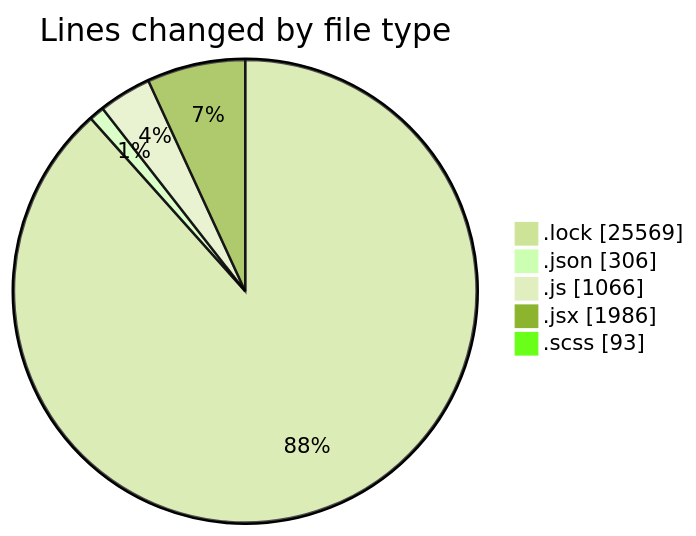
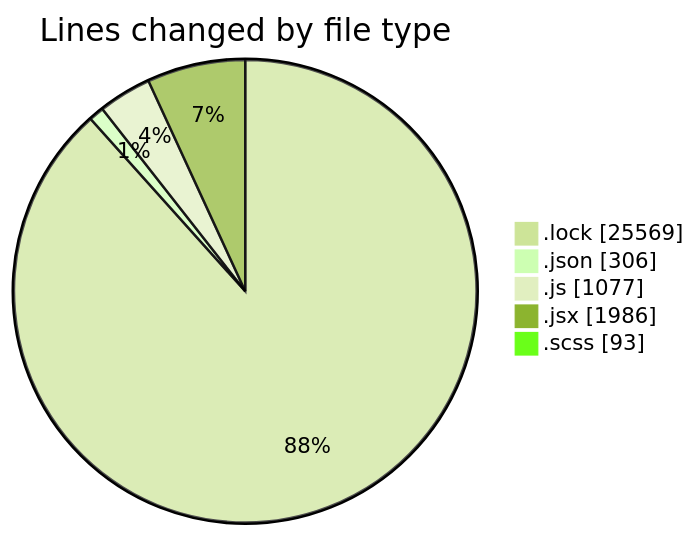
Before and after one commit to momahboobian/code-tracking: the first of 2 diagrams in 2026-01-07/cda/README.md, drawn with Mermaid (forest theme). The commit also changed other lines of this file and 1 other file, not shown here.

````diff
--- a/2026-01-07/cda/README.md
+++ b/2026-01-07/cda/README.md
@@ -43,9 +43,9 @@
 ```mermaid
 pie showData
 title Lines changed by file type
 ".lock" : 25569
 ".json" : 306
-".js" : 1066
+".js" : 1077
 ".jsx" : 1986
 ".scss" : 93
 ```
````
